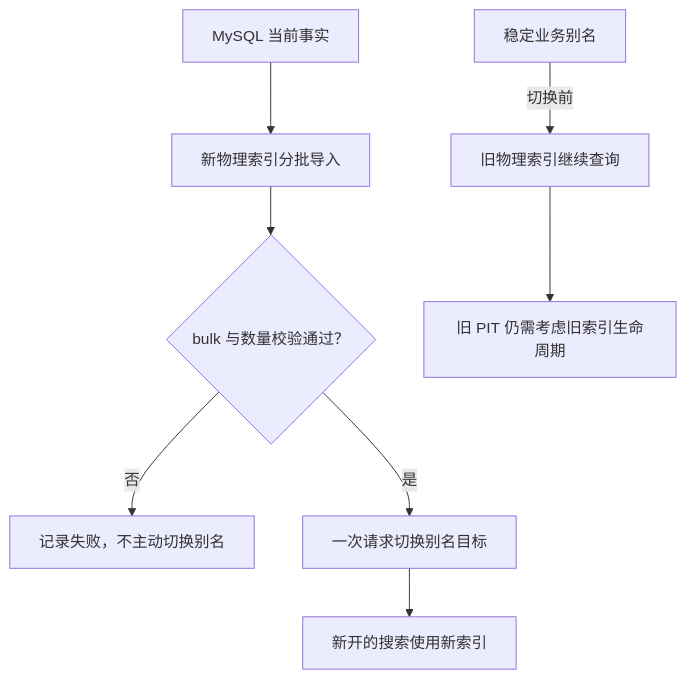
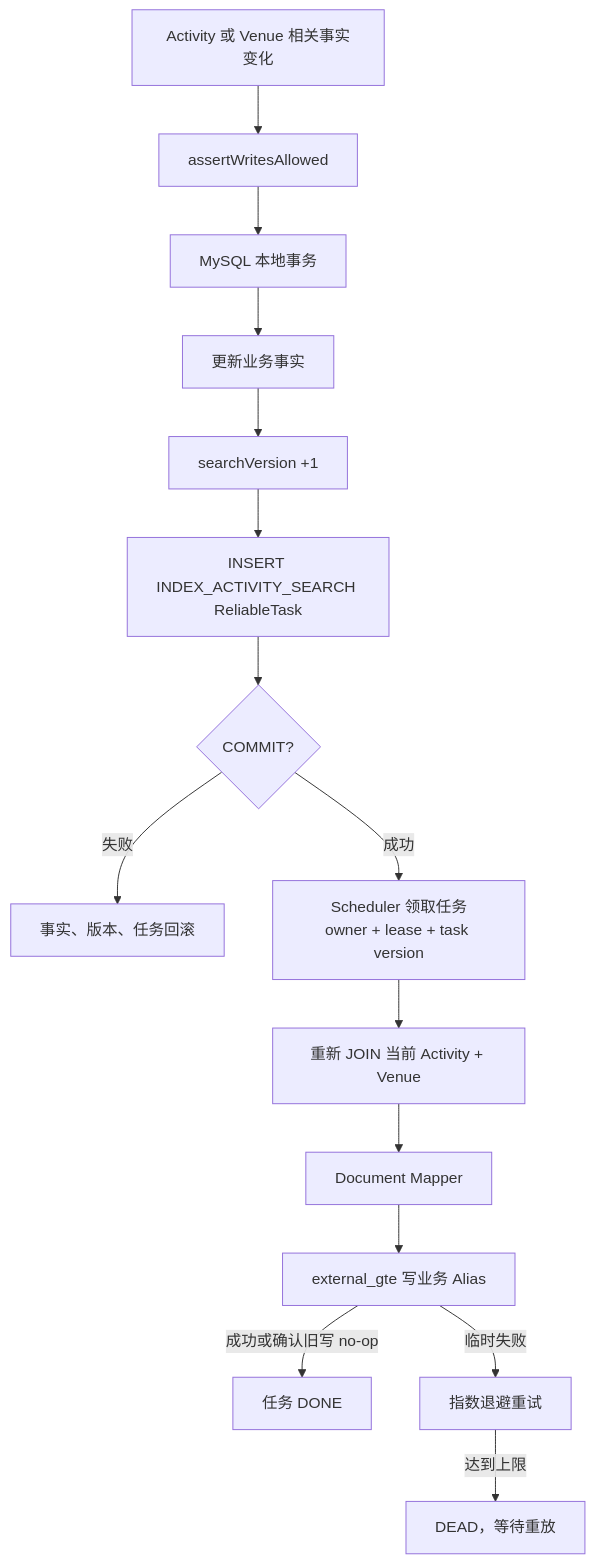
Before and after one commit to SyH-101/citypass-platform: diagram 20 of 24 in 03-全文检索与索引治理.md, drawn with Mermaid. The commit also changed other lines of this file, not shown here.

````diff
--- a/03-全文检索与索引治理.md
+++ b/03-全文检索与索引治理.md
@@ -1631,10 +1263,17 @@
 ```mermaid
 flowchart TD
-    A["稳定业务别名"] -->|切换前| B["旧物理索引继续查询"]
-    C["MySQL 当前事实"] --> D["新物理索引分批导入"]
-    D --> E{"bulk 与数量校验通过？"}
-    E -->|否| F["记录失败，不主动切换别名"]
-    E -->|是| G["一次请求切换别名目标"]
-    G --> H["新开的搜索使用新索引"]
-    B --> I["旧 PIT 仍需考虑旧索引生命周期"]
+    A["Activity 或 Venue 相关事实变化"] --> B["assertWritesAllowed"]
+    B --> TX["MySQL 本地事务"]
+    TX --> C["更新业务事实"]
+    C --> D["searchVersion +1"]
+    D --> E["INSERT INDEX_ACTIVITY_SEARCH ReliableTask"]
+    E --> F{"COMMIT?"}
+    F -->|"失败"| G["事实、版本、任务回滚"]
+    F -->|"成功"| H["Scheduler 领取任务<br/>owner + lease + task version"]
+    H --> I["重新 JOIN 当前 Activity + Venue"]
+    I --> J["Document Mapper"]
+    J --> K["external_gte 写业务 Alias"]
+    K -->|"成功或确认旧写 no-op"| L["任务 DONE"]
+    K -->|"临时失败"| M["指数退避重试"]
+    M -->|"达到上限"| N["DEAD，等待重放"]
 ```
````
